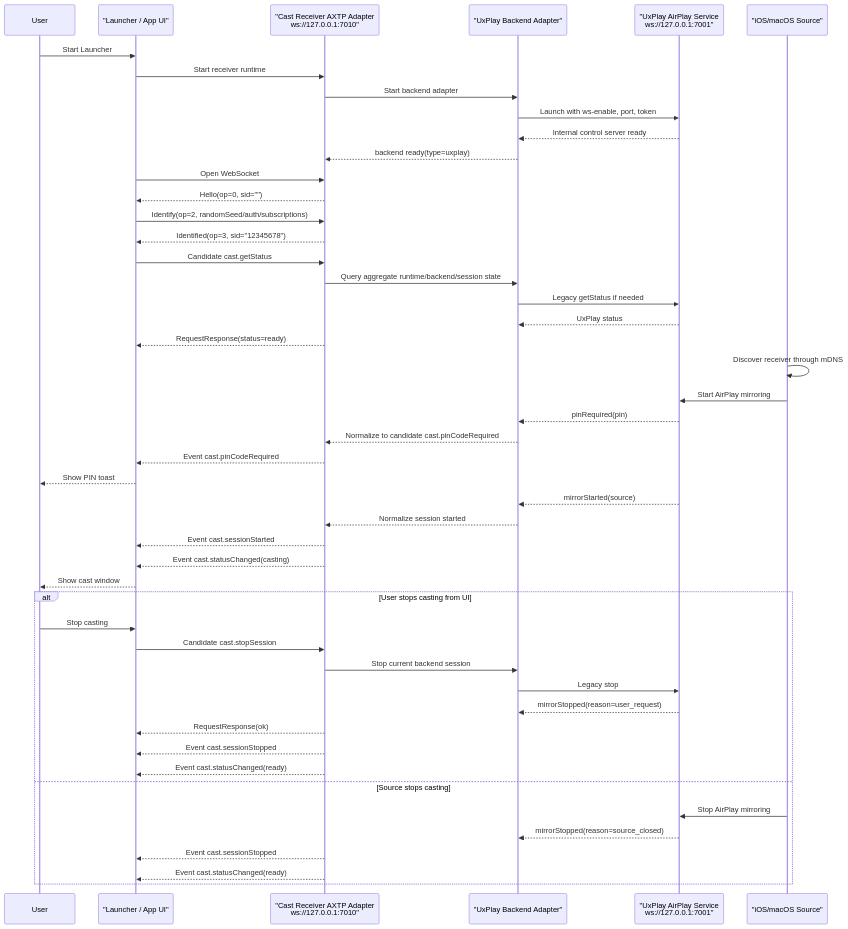
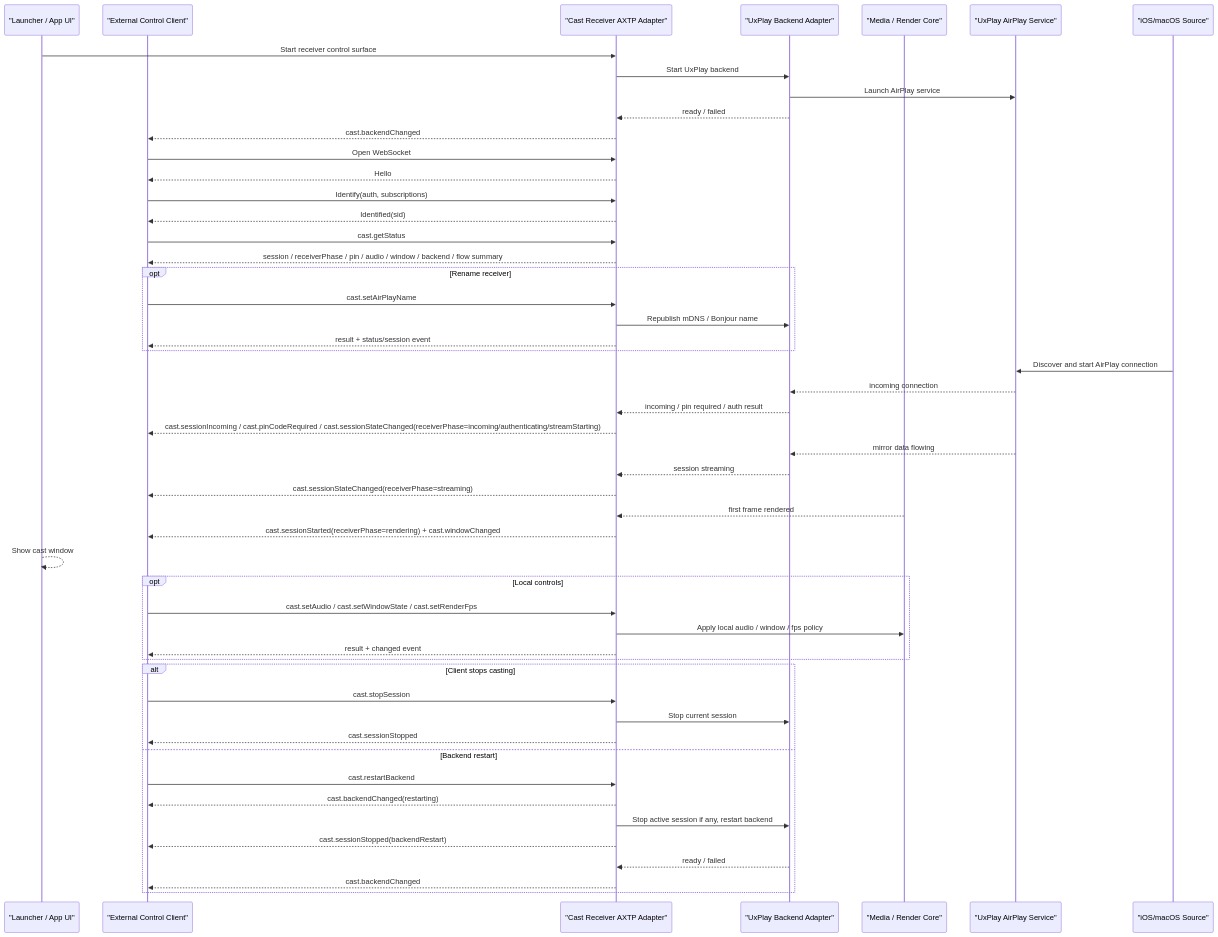
One commit to Mostorm-Labs/axtp changed the diagram in workspace/flows/cast-receiver-uxplay.md. Above: the diagram before and after it, drawn with Mermaid. The commit also changed other lines of this file and 25 other files, not shown here.

Commit message:
docs: consolidate cast receiver drafts

````diff
--- a/workspace/flows/cast-receiver-uxplay.md
+++ b/workspace/flows/cast-receiver-uxplay.md
@@ -128,56 +71,60 @@
 ```mermaid
 sequenceDiagram
-    participant User
-    participant Launcher as "Launcher / App UI"
-    participant AXTP as "Cast Receiver AXTP Adapter<br/>ws://127.0.0.1:7010"
+    participant UI as "Launcher / App UI"
+    participant Client as "External Control Client"
+    participant AXTP as "Cast Receiver AXTP Adapter"
     participant Backend as "UxPlay Backend Adapter"
-    participant UxPlay as "UxPlay AirPlay Service<br/>ws://127.0.0.1:7001"
+    participant Render as "Media / Render Core"
+    participant UxPlay as "UxPlay AirPlay Service"
     participant Source as "iOS/macOS Source"
 
-    User->>Launcher: Start Launcher
-    Launcher->>AXTP: Start receiver runtime
-    AXTP->>Backend: Start backend adapter
-    Backend->>UxPlay: Launch with ws-enable, port, token
-    UxPlay-->>Backend: Internal control server ready
-    Backend-->>AXTP: backend ready(type=uxplay)
+    UI->>AXTP: Start receiver control surface
+    AXTP->>Backend: Start UxPlay backend
+    Backend->>UxPlay: Launch AirPlay service
+    Backend-->>AXTP: ready / failed
+    AXTP-->>Client: cast.backendChanged
 
-    Launcher->>AXTP: Open WebSocket
-    AXTP-->>Launcher: Hello(op=0, sid="")
-    Launcher->>AXTP: Identify(op=2, randomSeed/auth/subscriptions)
-    AXTP-->>Launcher: Identified(op=3, sid="12345678")
+    Client->>AXTP: Open WebSocket
+    AXTP-->>Client: Hello
+    Client->>AXTP: Identify(auth, subscriptions)
+    AXTP-->>Client: Identified(sid)
+    Client->>AXTP: cast.getStatus
+    AXTP-->>Client: session / receiverPhase / pin / audio / window / backend / flow summary
 
-    Launcher->>AXTP: Candidate cast.getStatus
-    AXTP->>Backend: Query aggregate runtime/backend/session state
-    Backend->>UxPlay: Legacy getStatus if needed
-    UxPlay-->>Backend: UxPlay status
-    AXTP-->>Launcher: RequestResponse(status=ready)
+    opt Rename receiver
+        Client->>AXTP: cast.setAirPlayName
+        AXTP->>Backend: Republish mDNS / Bonjour name
+        AXTP-->>Client: result + status/session event
+    end
 
-    Source->>Source: Discover receiver through mDNS
-    Source->>UxPlay: Start AirPlay mirroring
-    UxPlay-->>Backend: pinRequired(pin)
-    Backend-->>AXTP: Normalize to candidate cast.pinCodeRequired
-    AXTP-->>Launcher: Event cast.pinCodeRequired
-    Launcher-->>User: Show PIN toast
+    Source->>UxPlay: Discover and start AirPlay connection
+    UxPlay-->>Backend: incoming connection
+    Backend-->>AXTP: incoming / pin required / auth result
+    AXTP-->>Client: cast.sessionIncoming / cast.pinCodeRequired / cast.sessionStateChanged(receiverPhase=incoming/authenticating/streamStarting)
 
-    UxPlay-->>Backend: mirrorStarted(source)
-    Backend-->>AXTP: Normalize session started
-    AXTP-->>Launcher: Event cast.sessionStarted
-    AXTP-->>Launcher: Event cast.statusChanged(casting)
-    Launcher-->>User: Show cast window
+    UxPlay-->>Backend: mirror data flowing
+    Backend-->>AXTP: session streaming
+    AXTP-->>Client: cast.sessionStateChanged(receiverPhase=streaming)
+    Render-->>AXTP: first frame rendered
+    AXTP-->>Client: cast.sessionStarted(receiverPhase=rendering) + cast.windowChanged
+    UI-->>UI: Show cast window
 
-    alt User stops casting from UI
-        User->>Launcher: Stop casting
-        Launcher->>AXTP: Candidate cast.stopSession
-        AXTP->>Backend: Stop current backend session
-        Backend->>UxPlay: Legacy stop
-        UxPlay-->>Backend: mirrorStopped(reason=user_request)
-        AXTP-->>Launcher: RequestResponse(ok)
-        AXTP-->>Launcher: Event cast.sessionStopped
-        AXTP-->>Launcher: Event cast.statusChanged(ready)
-    else Source stops casting
-        Source->>UxPlay: Stop AirPlay mirroring
-        UxPlay-->>Backend: mirrorStopped(reason=source_closed)
-        AXTP-->>Launcher: Event cast.sessionStopped
-        AXTP-->>Launcher: Event cast.statusChanged(ready)
+    opt Local controls
+        Client->>AXTP: cast.setAudio / cast.setWindowState / cast.setRenderFps
+        AXTP->>Render: Apply local audio / window / fps policy
+        AXTP-->>Client: result + changed event
+    end
+
+    alt Client stops casting
+        Client->>AXTP: cast.stopSession
+        AXTP->>Backend: Stop current session
+        AXTP-->>Client: cast.sessionStopped
+    else Backend restart
+        Client->>AXTP: cast.restartBackend
+        AXTP-->>Client: cast.backendChanged(restarting)
+        AXTP->>Backend: Stop active session if any, restart backend
+        AXTP-->>Client: cast.sessionStopped(backendRestart)
+        Backend-->>AXTP: ready / failed
+        AXTP-->>Client: cast.backendChanged
     end
 ```
````
